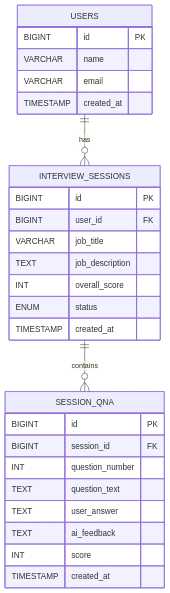
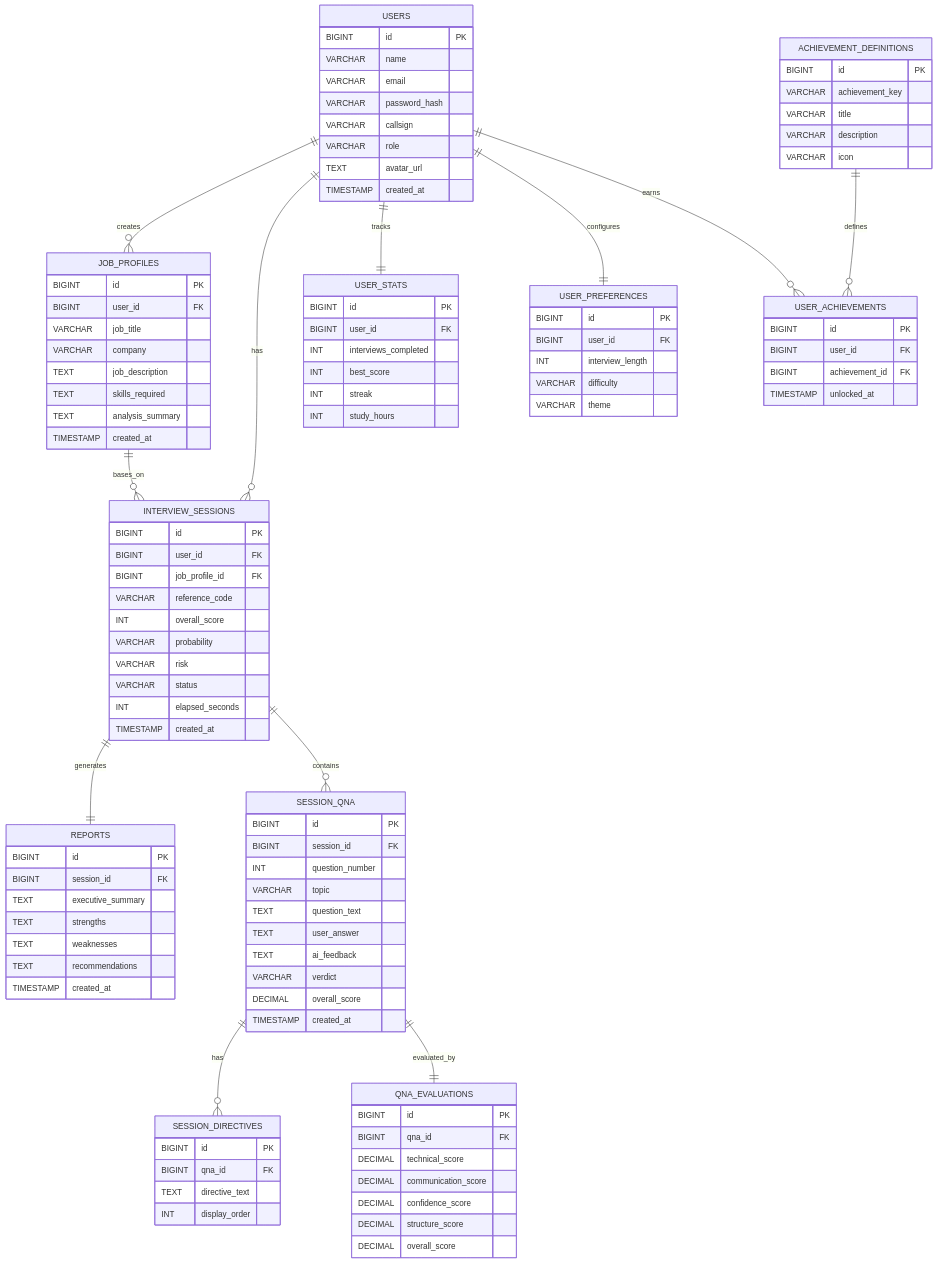
Before and after one commit to Soham-India/AI-interview-coach: the diagram in README.md, drawn with Mermaid. The commit also changed other lines of this file, not shown here.

Commit message:
docs : Enhance README with detailed database architecture
Expanded database architecture section to include core design principles and detailed entity relationships.

````diff
--- a/README.md
+++ b/README.md
@@ -22,22 +36,94 @@
 ```mermaid
 erDiagram
+  USERS ||--o{ JOB_PROFILES : "creates"
   USERS ||--o{ INTERVIEW_SESSIONS : "has"
+  USERS ||--|| USER_STATS : "tracks"
+  USERS ||--|| USER_PREFERENCES : "configures"
+  USERS ||--o{ USER_ACHIEVEMENTS : "earns"
+  
+  JOB_PROFILES ||--o{ INTERVIEW_SESSIONS : "bases_on"
+  ACHIEVEMENT_DEFINITIONS ||--o{ USER_ACHIEVEMENTS : "defines"
+  
+  INTERVIEW_SESSIONS ||--|| REPORTS : "generates"
   INTERVIEW_SESSIONS ||--o{ SESSION_QNA : "contains"
+  
+  SESSION_QNA ||--o{ SESSION_DIRECTIVES : "has"
+  SESSION_QNA ||--|| QNA_EVALUATIONS : "evaluated_by"
 
   USERS {
     BIGINT id PK
     VARCHAR name
     VARCHAR email
+    VARCHAR password_hash
+    VARCHAR callsign
+    VARCHAR role
+    TEXT avatar_url
     TIMESTAMP created_at
+  }
+
+  JOB_PROFILES {
+    BIGINT id PK
+    BIGINT user_id FK
+    VARCHAR job_title
+    VARCHAR company
+    TEXT job_description
+    TEXT skills_required
+    TEXT analysis_summary
+    TIMESTAMP created_at
+  }
+
+  USER_STATS {
+    BIGINT id PK
+    BIGINT user_id FK
+    INT interviews_completed
+    INT best_score
+    INT streak
+    INT study_hours
+  }
+
+  USER_PREFERENCES {
+    BIGINT id PK
+    BIGINT user_id FK
+    INT interview_length
+    VARCHAR difficulty
+    VARCHAR theme
+  }
+
+  ACHIEVEMENT_DEFINITIONS {
+    BIGINT id PK
+    VARCHAR achievement_key
+    VARCHAR title
+    VARCHAR description
+    VARCHAR icon
+  }
+
+  USER_ACHIEVEMENTS {
+    BIGINT id PK
+    BIGINT user_id FK
+    BIGINT achievement_id FK
+    TIMESTAMP unlocked_at
   }
 
   INTERVIEW_SESSIONS {
     BIGINT id PK
     BIGINT user_id FK
-    VARCHAR job_title
-    TEXT job_description
+    BIGINT job_profile_id FK
+    VARCHAR reference_code
     INT overall_score
-    ENUM status
+    VARCHAR probability
+    VARCHAR risk
+    VARCHAR status
+    INT elapsed_seconds
+    TIMESTAMP created_at
+  }
+
+  REPORTS {
+    BIGINT id PK
+    BIGINT session_id FK
+    TEXT executive_summary
+    TEXT strengths
+    TEXT weaknesses
+    TEXT recommendations
     TIMESTAMP created_at
   }
 
@@ -45,10 +131,29 @@
     BIGINT id PK
     BIGINT session_id FK
     INT question_number
+    VARCHAR topic
     TEXT question_text
     TEXT user_answer
     TEXT ai_feedback
-    INT score
+    VARCHAR verdict
+    DECIMAL overall_score
     TIMESTAMP created_at
   }
-  ```
+
+  QNA_EVALUATIONS {
+    BIGINT id PK
+    BIGINT qna_id FK
+    DECIMAL technical_score
+    DECIMAL communication_score
+    DECIMAL confidence_score
+    DECIMAL structure_score
+    DECIMAL overall_score
+  }
+
+  SESSION_DIRECTIVES {
+    BIGINT id PK
+    BIGINT qna_id FK
+    TEXT directive_text
+    INT display_order
+  }
+```
````
